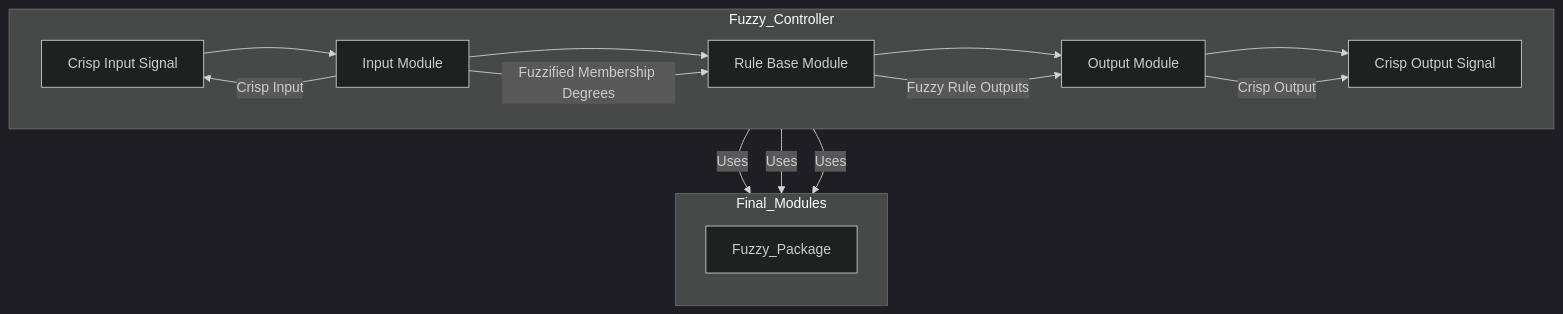
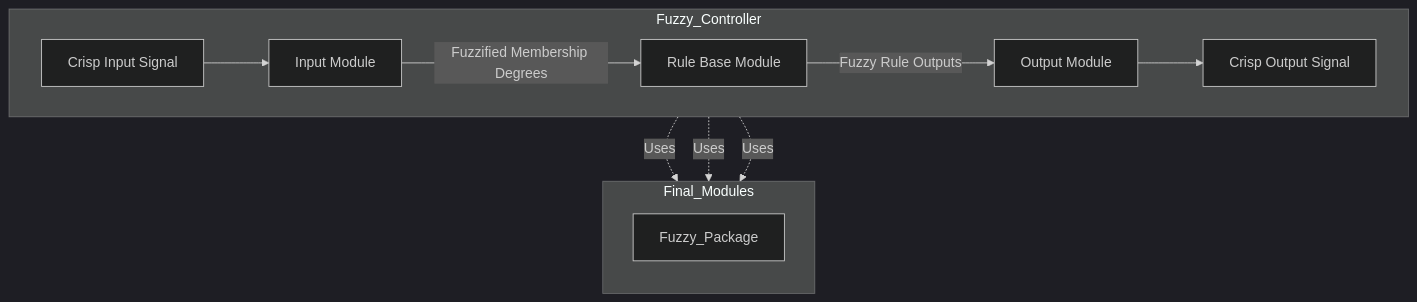
Before and after one commit to Traffic-Light-Senior-Design/Fuzzy-Logic-Traffic-Light-Controller-Using-FPGA: the diagram in VHDL_Fuzzy_Logic_System/README.md, drawn with Mermaid (dark theme).

````diff
--- a/VHDL_Fuzzy_Logic_System/README.md
+++ b/VHDL_Fuzzy_Logic_System/README.md
@@ -29,25 +29,17 @@
 ```mermaid
 graph TD
     subgraph Fuzzy_Controller
         direction LR
         A1[Crisp Input Signal] --> B1[Input Module]
-        B1 --> D1[Rule Base Module]
-        D1 --> F1[Output Module]
+        B1 -->|Fuzzified Membership Degrees| D1[Rule Base Module]
+        D1 -->|Fuzzy Rule Outputs| F1[Output Module]
         F1 --> G1[Crisp Output Signal]
     end
 
     subgraph Final_Modules
         direction TB
-        B1 -- Uses --> Z1[Fuzzy_Package]
-        D1 -- Uses --> Z1
-        F1 -- Uses --> Z1
+        B1 -. Uses .-> Z1[Fuzzy_Package]
+        D1 -. Uses .-> Z1
+        F1 -. Uses .-> Z1
     end
-
-    %% Label Inputs and Outputs
-    B1 -- Crisp Input --> A1
-    F1 -- Crisp Output --> G1
-    
-    %% Inputs/Outputs to and from Rule Base
-    B1 -- Fuzzified Membership Degrees --> D1
-    D1 -- Fuzzy Rule Outputs --> F1
 ```
````
